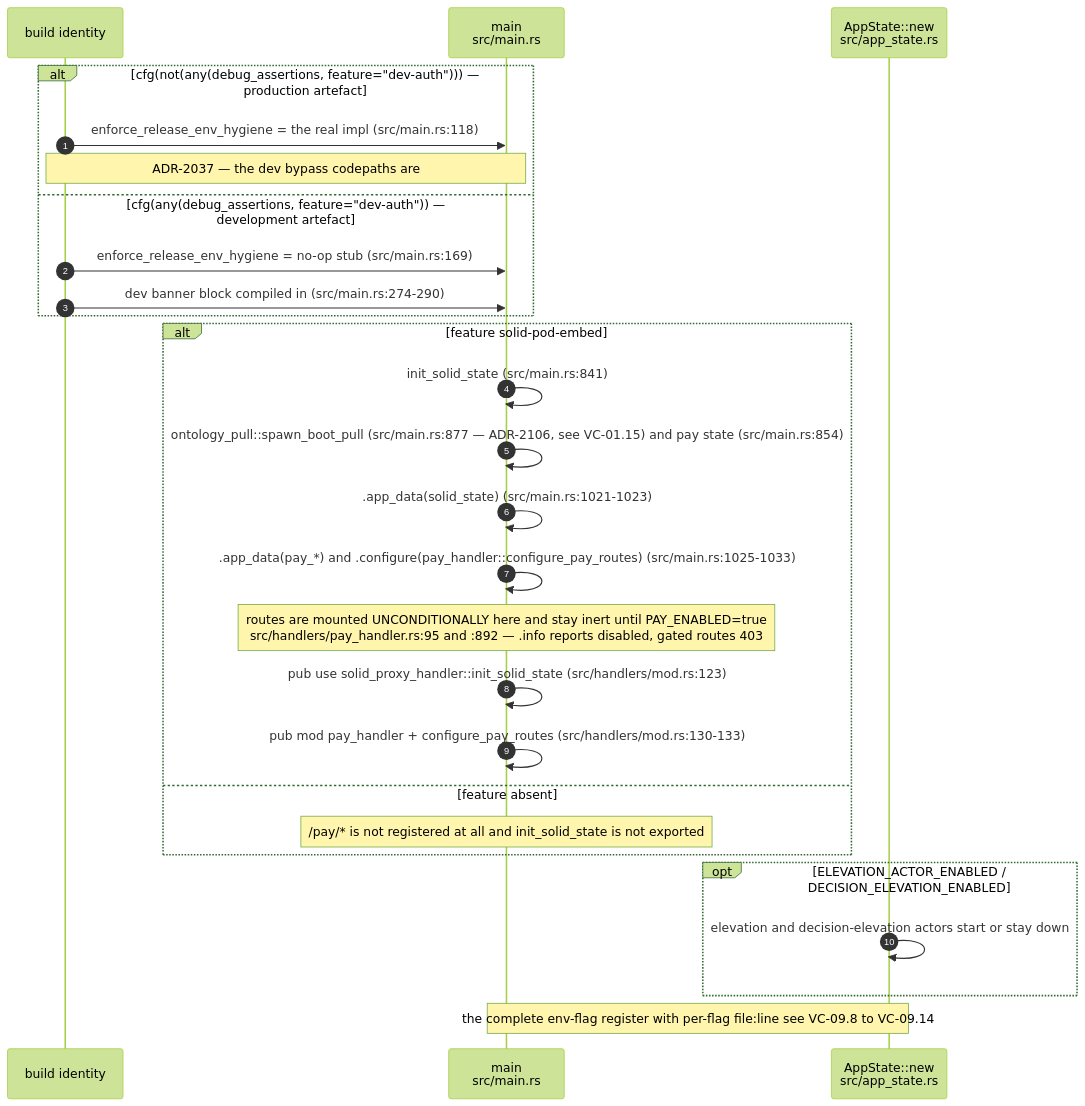
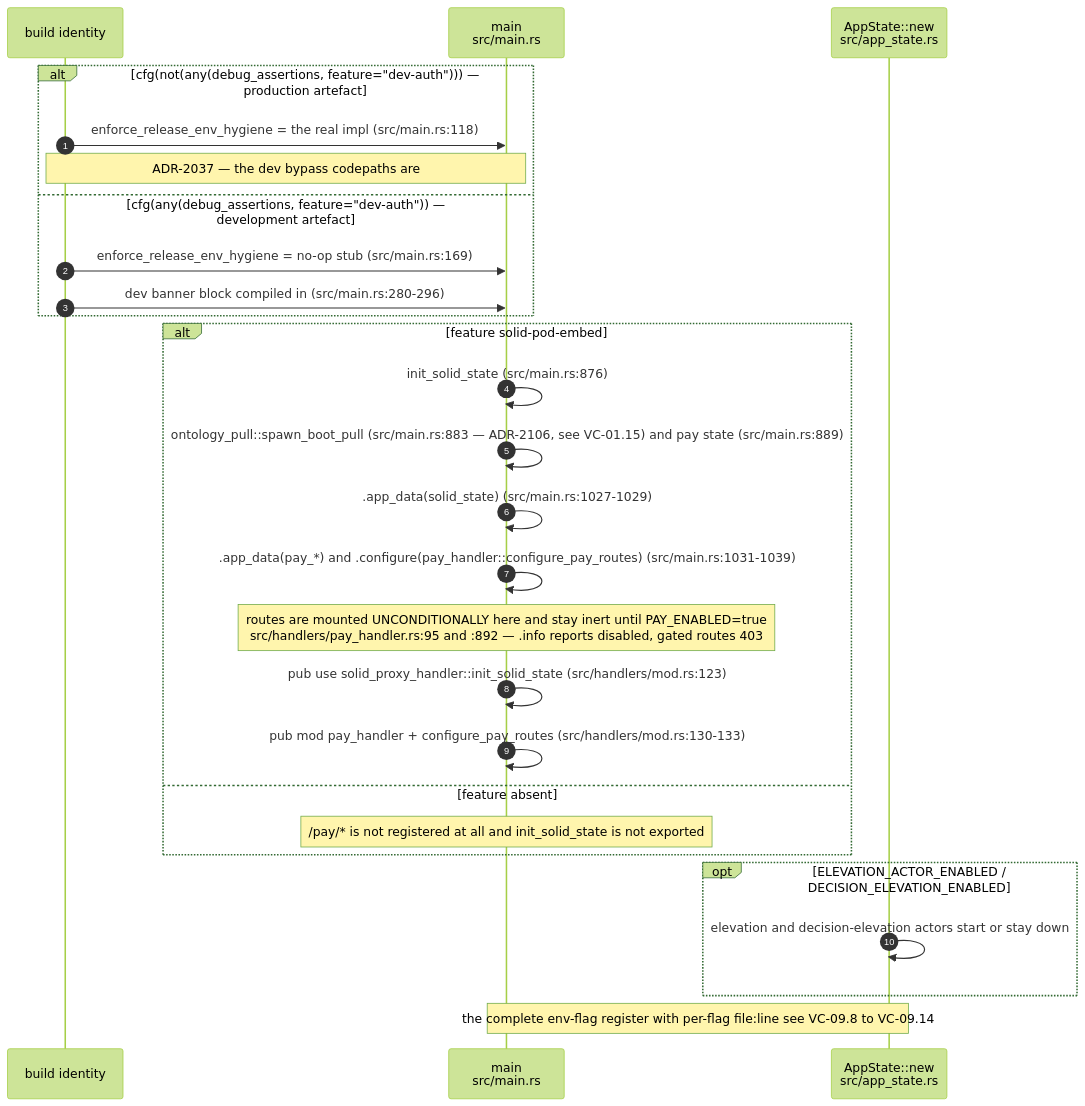
The sixth of 15 diagrams in docs/diagrams/visionclaw/01-boot-and-app-state.md (DreamLab-AI/VisionFlow), drawn with Mermaid (forest theme) before and after one commit. The commit also changed other lines of this file and 32 other files, not shown here.

````diff
--- a/docs/diagrams/visionclaw/01-boot-and-app-state.md
+++ b/docs/diagrams/visionclaw/01-boot-and-app-state.md
@@ -296,30 +296,30 @@
 ```mermaid
 sequenceDiagram
     autonumber
     participant B as build identity
     participant M as main<br/>src/main.rs
     participant AS as AppState::new<br/>src/app_state.rs
 
     alt cfg(not(any(debug_assertions, feature="dev-auth"))) — production artefact
         B->>M: enforce_release_env_hygiene = the real impl (src/main.rs:118)
         Note over B,M: ADR-2037 — the dev bypass codepaths are #[cfg]-stripped, they do not exist in the binary
     else cfg(any(debug_assertions, feature="dev-auth")) — development artefact
         B->>M: enforce_release_env_hygiene = no-op stub (src/main.rs:169)
-        B->>M: dev banner block compiled in (src/main.rs:274-290)
+        B->>M: dev banner block compiled in (src/main.rs:280-296)
     end
     alt feature solid-pod-embed
-        M->>M: init_solid_state (src/main.rs:841)
-        M->>M: ontology_pull::spawn_boot_pull (src/main.rs:877 — ADR-2106, see VC-01.15) and pay state (src/main.rs:854)
-        M->>M: .app_data(solid_state) (src/main.rs:1021-1023)
-        M->>M: .app_data(pay_*) and .configure(pay_handler::configure_pay_routes) (src/main.rs:1025-1033)
+        M->>M: init_solid_state (src/main.rs:876)
+        M->>M: ontology_pull::spawn_boot_pull (src/main.rs:883 — ADR-2106, see VC-01.15) and pay state (src/main.rs:889)
+        M->>M: .app_data(solid_state) (src/main.rs:1027-1029)
+        M->>M: .app_data(pay_*) and .configure(pay_handler::configure_pay_routes) (src/main.rs:1031-1039)
         Note over M: routes are mounted UNCONDITIONALLY here and stay inert until PAY_ENABLED=true<br/>src/handlers/pay_handler.rs:95 and :892 — .info reports disabled, gated routes 403
         M->>M: pub use solid_proxy_handler::init_solid_state (src/handlers/mod.rs:123)
         M->>M: pub mod pay_handler + configure_pay_routes (src/handlers/mod.rs:130-133)
     else feature absent
         Note over M: /pay/* is not registered at all and init_solid_state is not exported
     end
     opt ELEVATION_ACTOR_ENABLED / DECISION_ELEVATION_ENABLED
         AS->>AS: elevation and decision-elevation actors start or stay down
     end
     Note over M,AS: the complete env-flag register with per-flag file:line see VC-09.8 to VC-09.14
 ```
````
